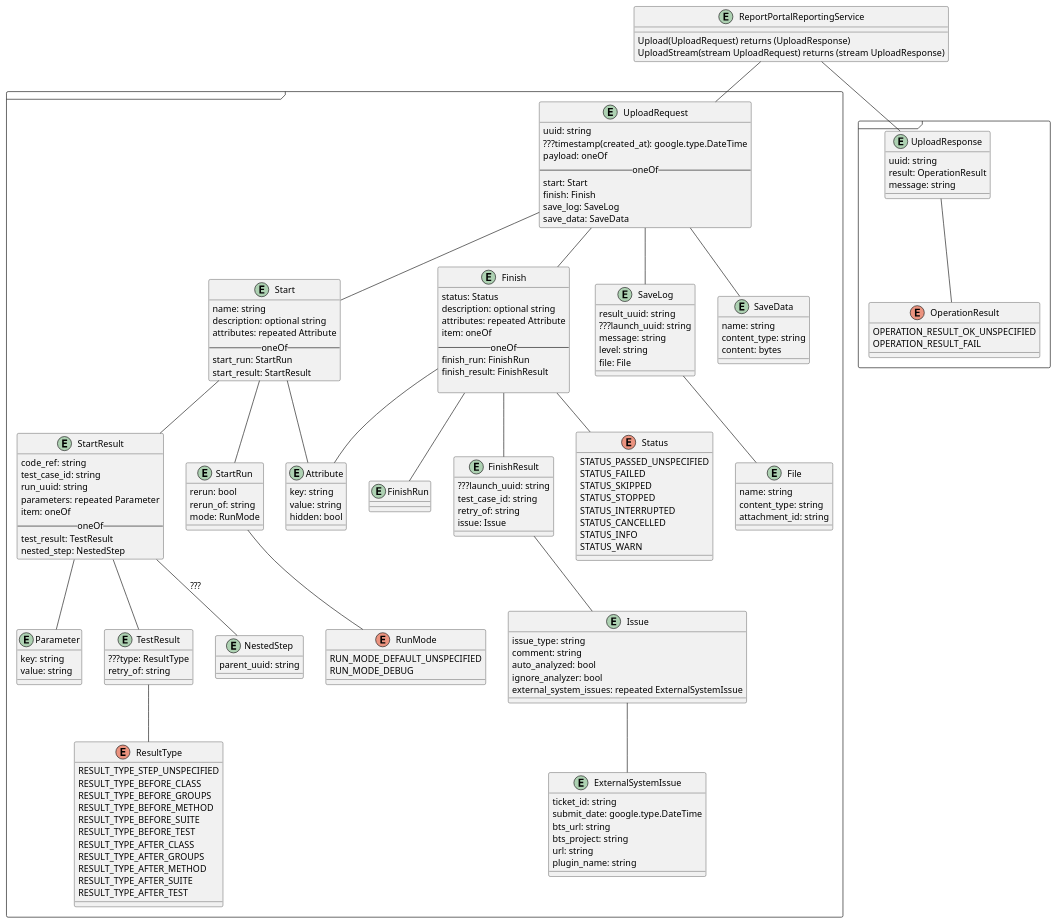
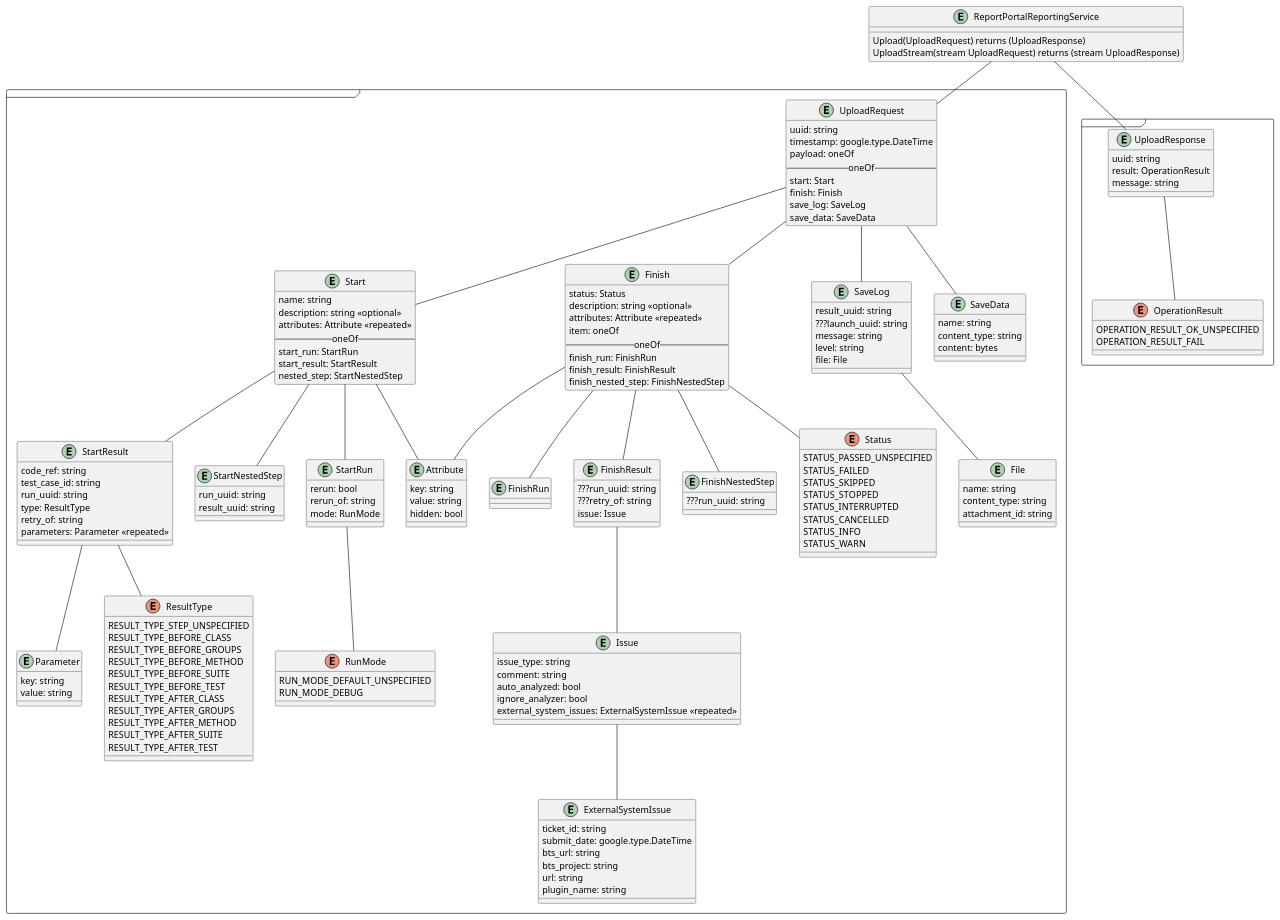
The diagram in docs/model.puml (reportportal/api-registry), drawn with PlantUML before and after one commit.

Commit message:
Update model

```diff
--- a/docs/model.puml
+++ b/docs/model.puml
@@ -1,200 +1,197 @@
 @startuml
 
 Entity ReportPortalReportingService {
   Upload(UploadRequest) returns (UploadResponse)
   UploadStream(stream UploadRequest) returns (stream UploadResponse)
 }
 
 Frame {
   Entity UploadRequest {
     uuid: string
-    ???timestamp(created_at): google.type.DateTime
+    timestamp: google.type.DateTime
     payload: oneOf
     --oneOf--
     start: Start
     finish: Finish
     save_log: SaveLog
     save_data: SaveData
   }
 
   Entity Start {
     name: string
-    description: optional string
-    attributes: repeated Attribute
+    description: string <<optional>>
+    attributes: Attribute <<repeated>>
     --oneOf--
     start_run: StartRun
     start_result: StartResult
+    nested_step: StartNestedStep
   }
 
   Entity StartResult {
     code_ref: string
     test_case_id: string
     run_uuid: string
-    parameters: repeated Parameter
-    item: oneOf
-    --oneOf--
-    test_result: TestResult
-    nested_step: NestedStep
+    type: ResultType
+    retry_of: string
+    parameters: Parameter <<repeated>>
   }
 
-  Entity TestResult {
-    ???type: ResultType
-    retry_of: string
-  }
-
-  Entity NestedStep {
-    parent_uuid: string
+  Entity StartNestedStep {
+    run_uuid: string
+    result_uuid: string
   }
 
   Entity StartRun {
     rerun: bool
     rerun_of: string
     mode: RunMode
   }
 
   Entity Finish {
     status: Status
-    description: optional string
-    attributes: repeated Attribute
+    description: string <<optional>>
+    attributes: Attribute <<repeated>>
     item: oneOf
     --oneOf--
     finish_run: FinishRun
     finish_result: FinishResult
-
+    finish_nested_step: FinishNestedStep
   }
 
   Entity FinishRun {}
 
   Entity FinishResult {
-    ???launch_uuid: string
-    test_case_id: string
-    retry_of: string
+    ???run_uuid: string
+    ???retry_of: string
     issue: Issue
+  }
+
+  Entity FinishNestedStep {
+    ???run_uuid: string
   }
 
   Entity Issue {
     issue_type: string
     comment: string
     auto_analyzed: bool
     ignore_analyzer: bool
-    external_system_issues: repeated ExternalSystemIssue
+    external_system_issues: ExternalSystemIssue <<repeated>>
   }
 
   Entity ExternalSystemIssue {
     ticket_id: string
     submit_date: google.type.DateTime
     bts_url: string
     bts_project: string
     url: string
     plugin_name: string
   }
 
   Entity SaveLog {
     result_uuid: string
     ???launch_uuid: string
     message: string
     level: string
     file: File
   }
 
   Entity File {
     name: string
     content_type: string
     attachment_id: string
   }
 
   Entity SaveData {
     name: string
     content_type: string
     content: bytes
   }
 
   Entity Attribute {
     key: string
     value: string
     hidden: bool
   }
 
   Entity Parameter {
     key: string
     value: string
   }
 
   enum ResultType {
     RESULT_TYPE_STEP_UNSPECIFIED
     RESULT_TYPE_BEFORE_CLASS
     RESULT_TYPE_BEFORE_GROUPS
     RESULT_TYPE_BEFORE_METHOD
     RESULT_TYPE_BEFORE_SUITE
     RESULT_TYPE_BEFORE_TEST
     RESULT_TYPE_AFTER_CLASS
     RESULT_TYPE_AFTER_GROUPS
     RESULT_TYPE_AFTER_METHOD
     RESULT_TYPE_AFTER_SUITE
     RESULT_TYPE_AFTER_TEST
   }
 
   enum Status {
     STATUS_PASSED_UNSPECIFIED
     STATUS_FAILED
     STATUS_SKIPPED
     STATUS_STOPPED
     STATUS_INTERRUPTED
     STATUS_CANCELLED
     STATUS_INFO
     STATUS_WARN
   }
 
   enum RunMode {
     RUN_MODE_DEFAULT_UNSPECIFIED
     RUN_MODE_DEBUG
   }
 }
 
 Frame {
   Entity UploadResponse {
     uuid: string
     result: OperationResult
     message: string
   }
 
   enum OperationResult {
     OPERATION_RESULT_OK_UNSPECIFIED
     OPERATION_RESULT_FAIL
   }
 }
 
 ReportPortalReportingService -- UploadRequest
 ReportPortalReportingService -- UploadResponse
 
 UploadRequest -- Start
 UploadRequest -- Finish
 UploadRequest -- SaveLog
 UploadRequest -- SaveData
 
 Start -- StartRun
 Start -- StartResult
+Start -- StartNestedStep
 Start -- Attribute
 
 StartRun -- RunMode
 
-StartResult -- TestResult
-StartResult -- NestedStep : ???
 StartResult -- Parameter
-
-TestResult -- ResultType
+StartResult -- ResultType
 
 Finish -- FinishRun
 Finish -- FinishResult
+Finish -- FinishNestedStep
 Finish -- Status
 Finish -- Attribute
 
 FinishResult -- Issue
 
 Issue -- ExternalSystemIssue
 
 SaveLog -- File
 
 UploadResponse -- OperationResult
 
 @enduml
```
